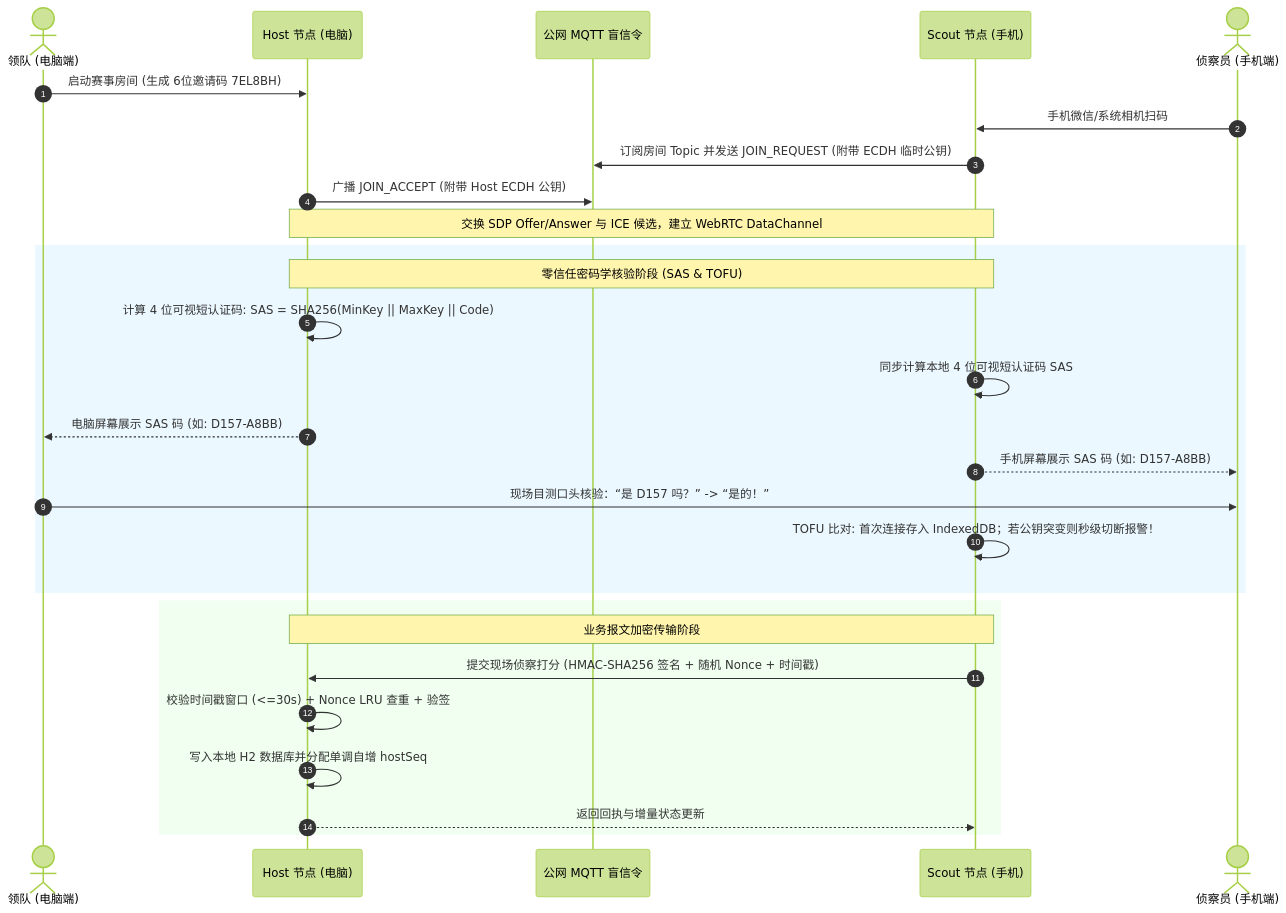
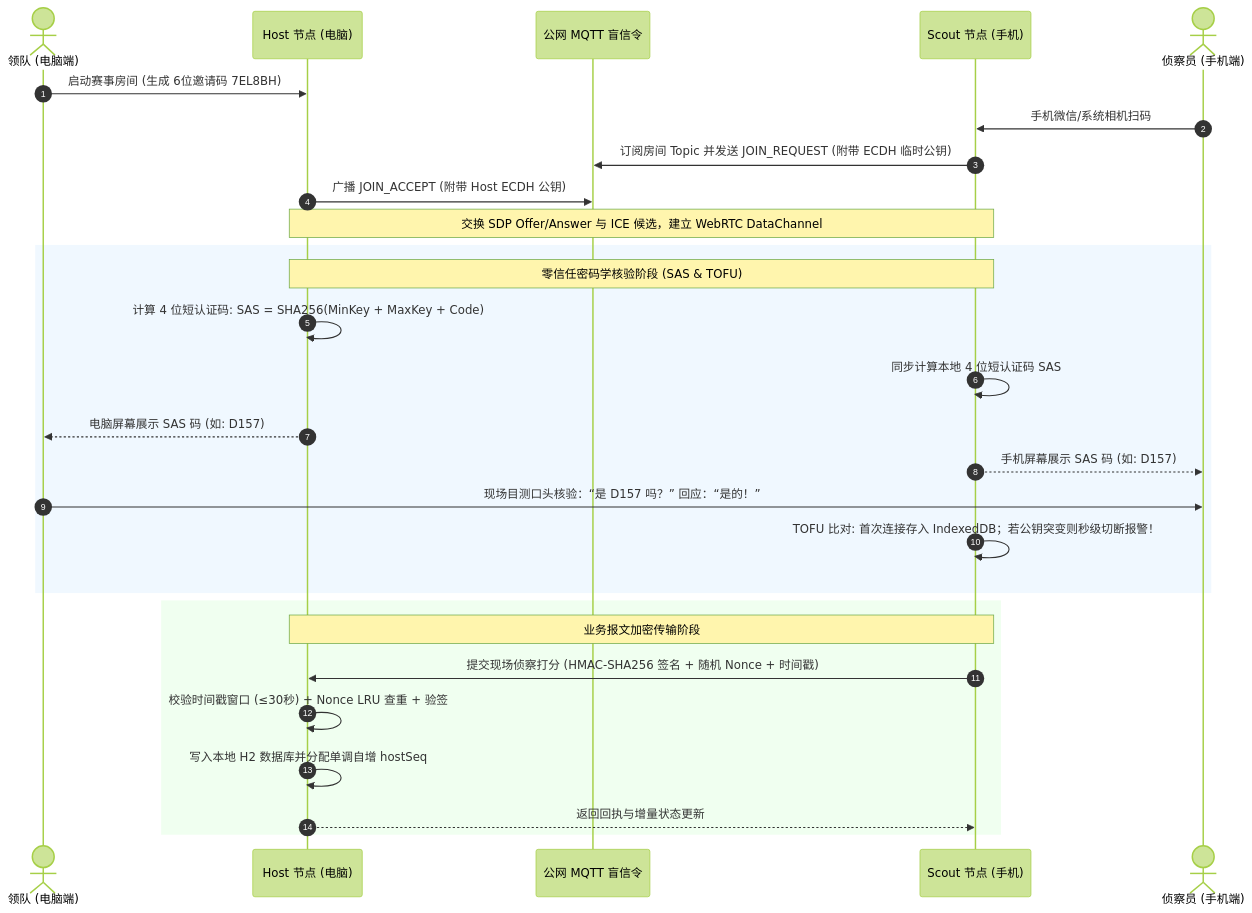
One commit to Lucalmz/ScoutingPro27 changed the second of 4 diagrams in README.md. Above: the diagram before and after it, drawn with Mermaid (forest theme). The commit also changed other lines of this file and 4 other files, not shown here.

Commit message:
docs: 彻底解决 README 在 GitHub 上公式解析报错及图表在暗色模式和弱网环境下的显示异常

````diff
--- a/README.md
+++ b/README.md
@@ -257,33 +274,33 @@
 ```mermaid
 sequenceDiagram
     autonumber
     actor Lead as 领队 (电脑端)
     participant Host as Host 节点 (电脑)
     participant Signaling as 公网 MQTT 盲信令
     participant Scout as Scout 节点 (手机)
     actor ScoutUser as 侦察员 (手机端)
 
     Lead->>Host: 启动赛事房间 (生成 6位邀请码 7EL8BH)
     ScoutUser->>Scout: 手机微信/系统相机扫码
     Scout->>Signaling: 订阅房间 Topic 并发送 JOIN_REQUEST (附带 ECDH 临时公钥)
     Host->>Signaling: 广播 JOIN_ACCEPT (附带 Host ECDH 公钥)
     Note over Host,Scout: 交换 SDP Offer/Answer 与 ICE 候选，建立 WebRTC DataChannel
 
-    rect rgb(235, 248, 255)
+    rect rgb(240, 248, 255)
     Note over Host,Scout: 零信任密码学核验阶段 (SAS & TOFU)
-    Host->>Host: 计算 4 位可视短认证码: SAS = SHA256(MinKey || MaxKey || Code)
-    Scout->>Scout: 同步计算本地 4 位可视短认证码 SAS
-    Host-->>Lead: 电脑屏幕展示 SAS 码 (如: D157-A8BB)
-    Scout-->>ScoutUser: 手机屏幕展示 SAS 码 (如: D157-A8BB)
-    Lead->>ScoutUser: 现场目测口头核验：“是 D157 吗？” -> “是的！”
+    Host->>Host: 计算 4 位短认证码: SAS = SHA256(MinKey + MaxKey + Code)
+    Scout->>Scout: 同步计算本地 4 位短认证码 SAS
+    Host-->>Lead: 电脑屏幕展示 SAS 码 (如: D157)
+    Scout-->>ScoutUser: 手机屏幕展示 SAS 码 (如: D157)
+    Lead->>ScoutUser: 现场目测口头核验：“是 D157 吗？” 回应：“是的！”
     Scout->>Scout: TOFU 比对: 首次连接存入 IndexedDB；若公钥突变则秒级切断报警！
     end
 
     rect rgb(240, 255, 240)
     Note over Host,Scout: 业务报文加密传输阶段
     Scout->>Host: 提交现场侦察打分 (HMAC-SHA256 签名 + 随机 Nonce + 时间戳)
-    Host->>Host: 校验时间戳窗口 (<=30s) + Nonce LRU 查重 + 验签
+    Host->>Host: 校验时间戳窗口 (≤30秒) + Nonce LRU 查重 + 验签
     Host->>Host: 写入本地 H2 数据库并分配单调自增 hostSeq
     Host-->>Scout: 返回回执与增量状态更新
     end
 ```
````
